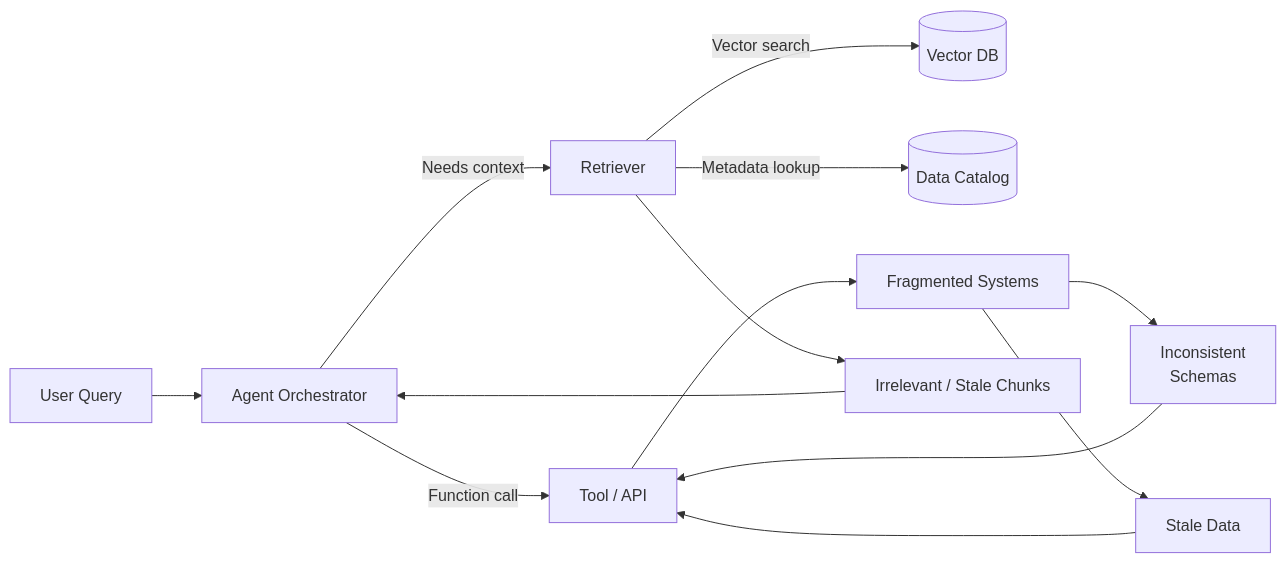
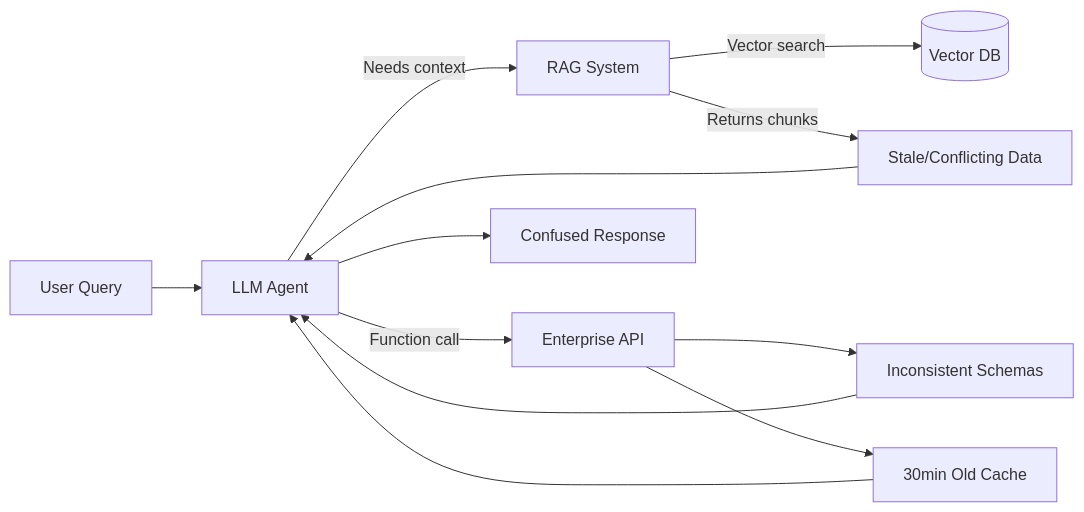
One commit to tikazyq/marvinzhang.dev changed the first of 5 diagrams in blog/2025-09-24-enterprise-ai-application-architecture.mdx. Above: the diagram before and after it, drawn with Mermaid. The commit also changed other lines of this file and 1 other file, not shown here.

````diff
--- a/blog/2025-09-24-enterprise-ai-application-architecture.mdx
+++ b/blog/2025-09-24-enterprise-ai-application-architecture.mdx
@@ -44,15 +70,14 @@
 ```mermaid
 flowchart LR
-	User[User Query] --> Orchestrator[Agent Orchestrator]
-	Orchestrator -->|Needs context| Retriever[Retriever]
-	Retriever -->|Vector search| VectorDB[(Vector DB)]
-	Retriever -->|Metadata lookup| Catalog[(Data Catalog)]
-	Orchestrator -->|Function call| ToolAPI[Tool / API]
-	ToolAPI --> Fragmented[Fragmented Systems]
-	Fragmented --> Inconsistent[Inconsistent\nSchemas]
-	Fragmented --> Stale[Stale Data]
-	Retriever --> Garbage[Irrelevant / Stale Chunks]
-	Garbage --> Orchestrator
-	Inconsistent --> ToolAPI
-	Stale --> ToolAPI
+    User[User Query] --> Agent[LLM Agent]
+    Agent -->|Needs context| RAG[RAG System]
+    RAG -->|Vector search| VectorDB[(Vector DB)]
+    RAG -->|Returns chunks| Stale[Stale/Conflicting Data]
+    Agent -->|Function call| API[Enterprise API]
+    API --> Inconsistent[Inconsistent Schemas]
+    API --> Cached[30min Old Cache]
+    Stale --> Agent
+    Inconsistent --> Agent
+    Cached --> Agent
+    Agent --> Confused[Confused Response]
 ```
````
